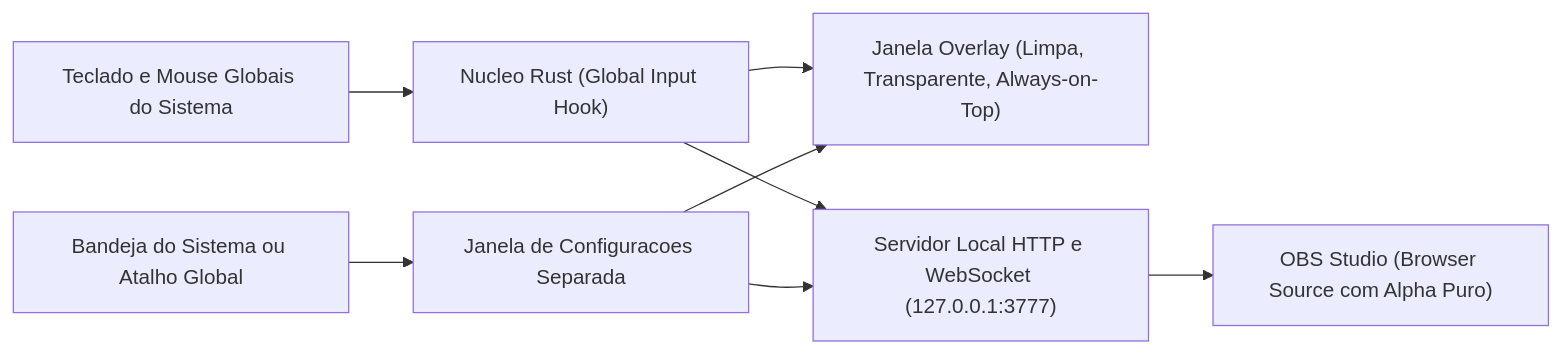
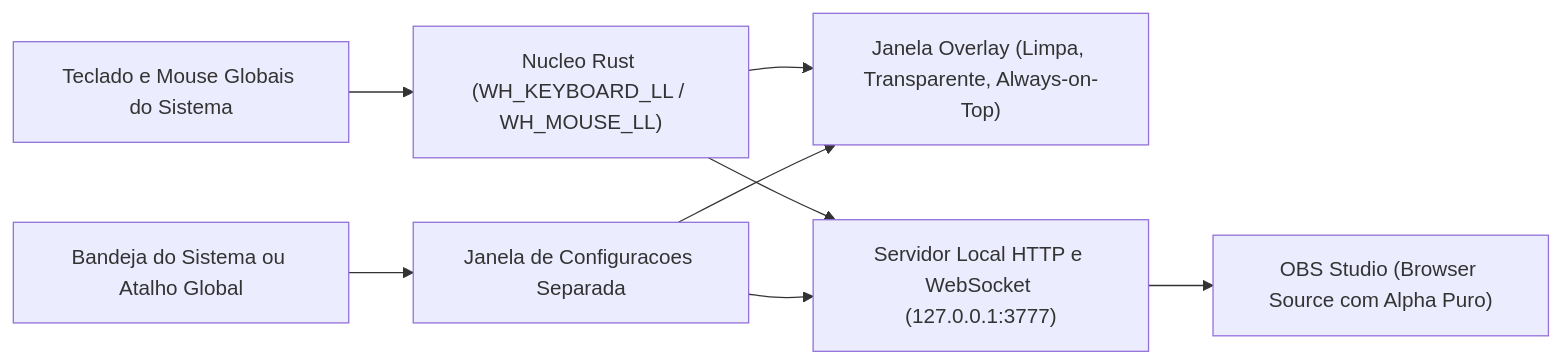
The diagram in README.md (ezequielfb/teglato), drawn with Mermaid before and after one commit. The commit also changed other lines of this file and 3 other files, not shown here.

````diff
--- a/README.md
+++ b/README.md
@@ -49,10 +92,10 @@
 ```mermaid
 flowchart LR
-    OS["Teclado e Mouse Globais do Sistema"] --> Hook["Nucleo Rust (Global Input Hook)"]
+    OS["Teclado e Mouse Globais do Sistema"] --> Hook["Nucleo Rust (WH_KEYBOARD_LL / WH_MOUSE_LL)"]
     Hook --> Overlay["Janela Overlay (Limpa, Transparente, Always-on-Top)"]
     Hook --> WS["Servidor Local HTTP e WebSocket (127.0.0.1:3777)"]
     WS --> OBS["OBS Studio (Browser Source com Alpha Puro)"]
     Tray["Bandeja do Sistema ou Atalho Global"] --> Settings["Janela de Configuracoes Separada"]
     Settings --> Overlay
     Settings --> WS
 ```
````
